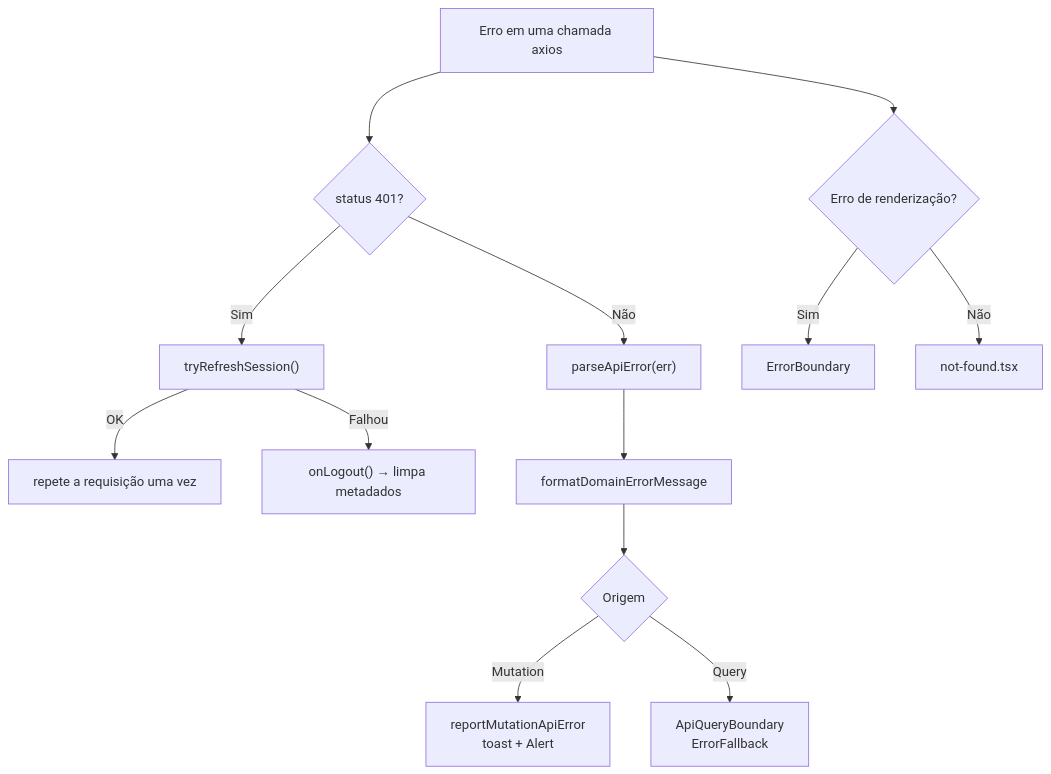
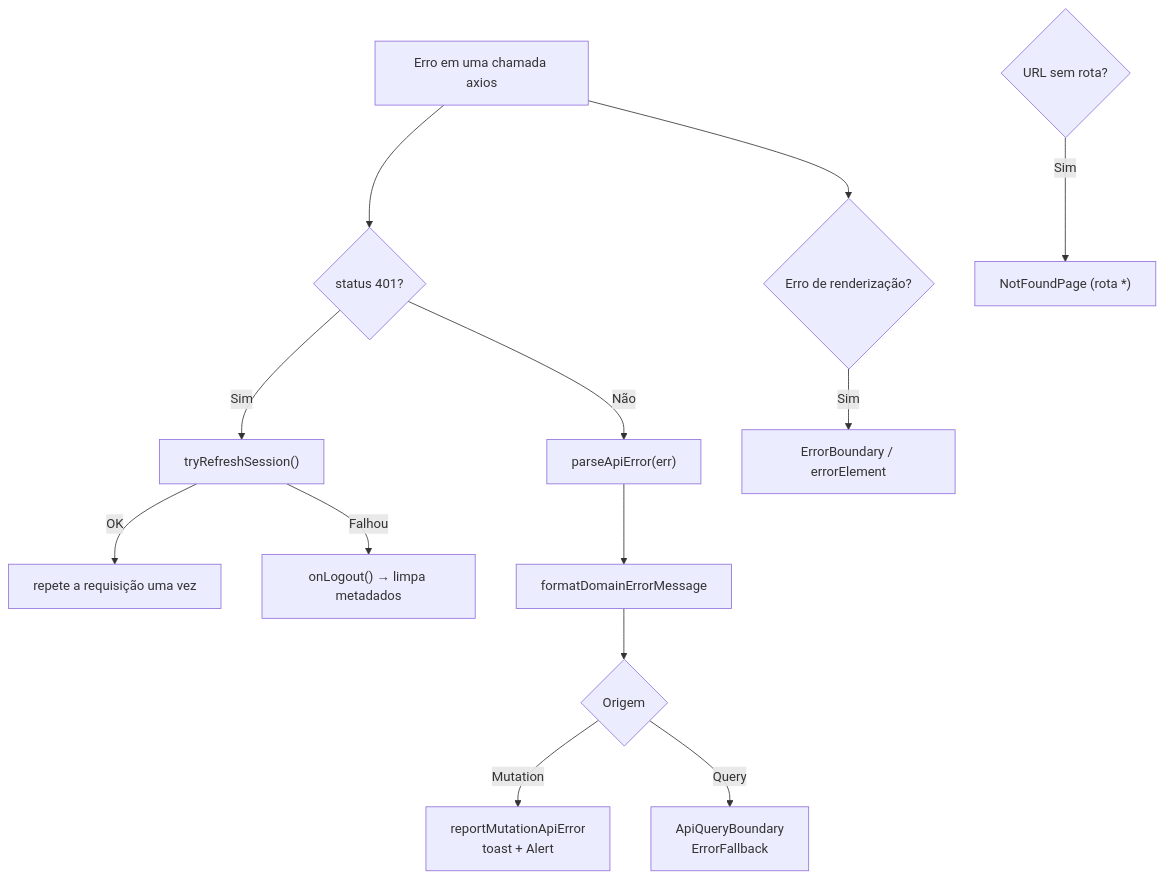
Diagram 19 of 22 in README.md (jhowzin-dev/ERP), drawn with Mermaid before and after one commit. The commit also changed other lines of this file and 1 other file, not shown here.

````diff
--- a/README.md
+++ b/README.md
@@ -888,15 +1000,15 @@
 ```mermaid
 flowchart TB
     ERR["Erro em uma chamada axios"] --> IS401{"status 401?"}
     IS401 -->|Sim| REFRESH["tryRefreshSession()"]
     REFRESH -->|OK| RETRY["repete a requisição uma vez"]
     REFRESH -->|Falhou| LOGOUT["onLogout() → limpa metadados"]
     IS401 -->|Não| PARSE["parseApiError(err)"]
     PARSE --> MSG["formatDomainErrorMessage"]
     MSG --> MUT{"Origem"}
     MUT -->|Mutation| REPORT["reportMutationApiError<br/>toast + Alert"]
     MUT -->|Query| BOUND["ApiQueryBoundary<br/>ErrorFallback"]
     ERR --> RENDER{"Erro de renderização?"}
-    RENDER -->|Sim| BOUNDARY["ErrorBoundary"]
-    RENDER -->|Não| NF["not-found.tsx"]
+    RENDER -->|Sim| BOUNDARY["ErrorBoundary / errorElement"]
+    ROUTE{"URL sem rota?"} -->|Sim| NF["NotFoundPage (rota *)"]
 ```
````
